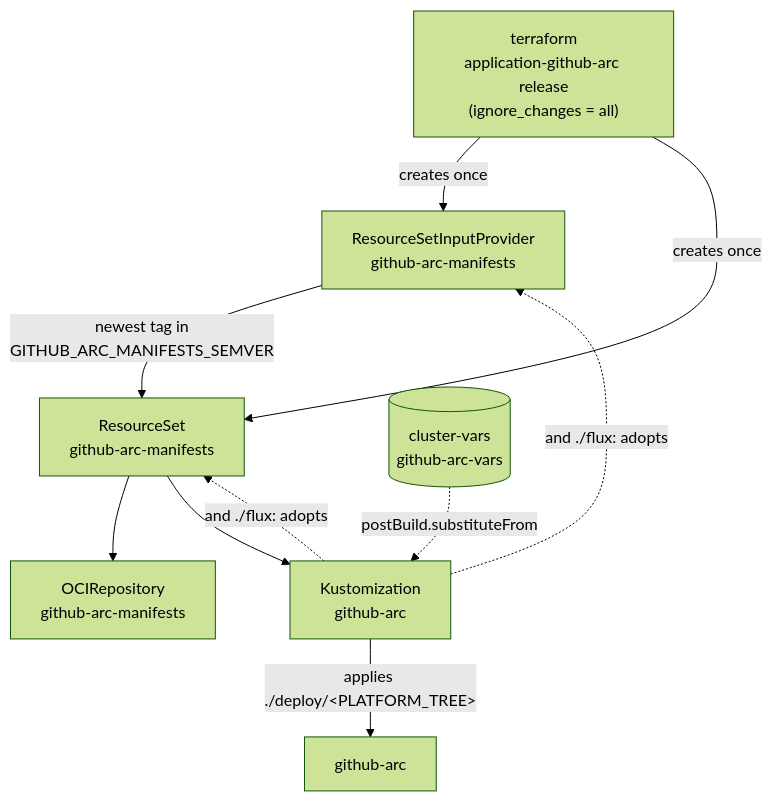
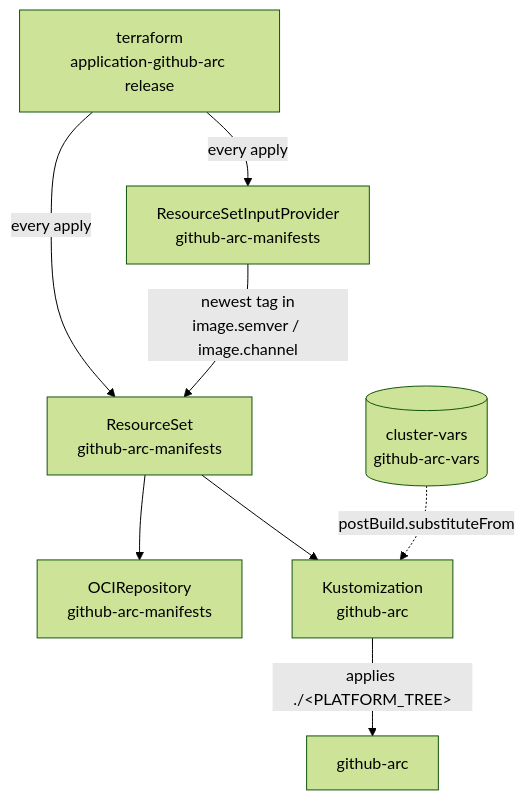
Before and after one commit to bitwise-media-group/github-arc-app-manifests: the diagram in docs/concepts/seed-contract.md, drawn with Mermaid (forest theme). The commit also changed other lines of this file and 43 other files, not shown here.

````diff
--- a/docs/concepts/seed-contract.md
+++ b/docs/concepts/seed-contract.md
@@ -16,15 +17,14 @@
 ```mermaid
 flowchart TD
-  seed["terraform<br/>application-github-arc release<br/>(ignore_changes = all)"]
+  seed["terraform<br/>application-github-arc release"]
   rsip["ResourceSetInputProvider<br/>github-arc-manifests"]
   rs["ResourceSet<br/>github-arc-manifests"]
   oci["OCIRepository<br/>github-arc-manifests"]
   ks["Kustomization<br/>github-arc"]
   vars[("cluster-vars<br/>github-arc-vars")]
-  seed -- "creates once" --> rsip & rs
-  rsip -- "newest tag in<br/>GITHUB_ARC_MANIFESTS_SEMVER" --> rs
+  seed -- "every apply" --> rsip & rs
+  rsip -- "newest tag in<br/>image.semver / image.channel" --> rs
   rs --> oci & ks
-  ks -- "applies ./deploy/&lt;PLATFORM_TREE&gt;" --> app["github-arc"]
-  ks -. "and ./flux: adopts" .-> rsip & rs
+  ks -- "applies ./&lt;PLATFORM_TREE&gt;" --> app["github-arc"]
   vars -. "postBuild.substituteFrom" .-> ks
 ```
````
